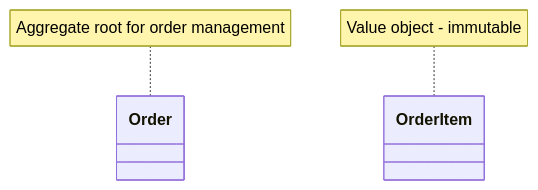
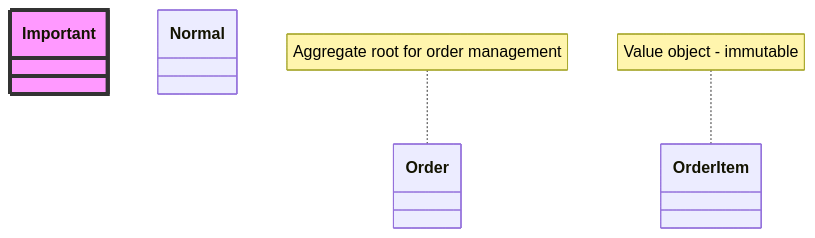
One commit to marcusquinn/aidevops changed the seventh of 12 diagrams in .agents/tools/diagrams/mermaid-diagrams-skill/class-er.md. Above: the diagram before and after it, drawn with Mermaid. The commit also changed other lines of this file, not shown here.

First line of the commit message:
docs: tighten class-er.md reference doc structure

````diff
--- a/.agents/tools/diagrams/mermaid-diagrams-skill/class-er.md
+++ b/.agents/tools/diagrams/mermaid-diagrams-skill/class-er.md
@@ -144,7 +131,10 @@
 ```mermaid
 classDiagram
     class Order
     note for Order "Aggregate root for order management"
     class OrderItem
     note for OrderItem "Value object - immutable"
+    class Important
+    class Normal
+    style Important fill:#f9f,stroke:#333,stroke-width:4px
 ```
````
